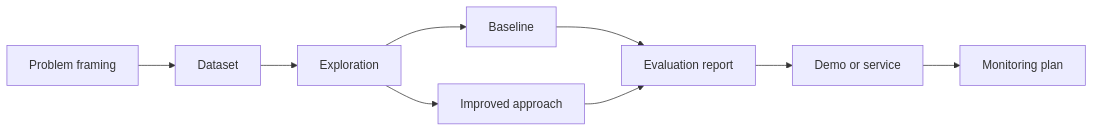
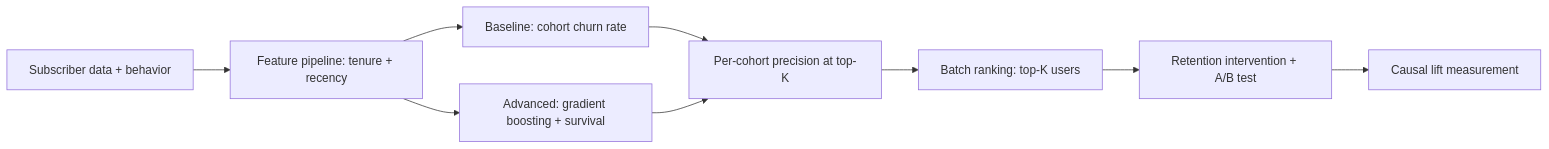
The diagram in capstone-projects/04-customer-churn-prediction.md (Icon1cc/Machine-Learning), drawn with Mermaid before and after one commit. The commit also changed other lines of this file and 264 other files, not shown here.

````diff
--- a/capstone-projects/04-customer-churn-prediction.md
+++ b/capstone-projects/04-customer-churn-prediction.md
@@ -34,11 +52,11 @@
 ```mermaid
 flowchart LR
-    A[Problem framing] --> B[Dataset]
-    B --> C[Exploration]
-    C --> D[Baseline]
-    C --> E[Improved approach]
-    D --> F[Evaluation report]
-    E --> F
-    F --> G[Demo or service]
-    G --> H[Monitoring plan]
+    A[Subscriber data + behavior] --> B[Feature pipeline: tenure + recency]
+    B --> C[Baseline: cohort churn rate]
+    B --> D[Advanced: gradient boosting + survival]
+    C --> E[Per-cohort precision at top-K]
+    D --> E
+    E --> F[Batch ranking: top-K users]
+    F --> G[Retention intervention + A/B test]
+    G --> H[Causal lift measurement]
 ```
````
